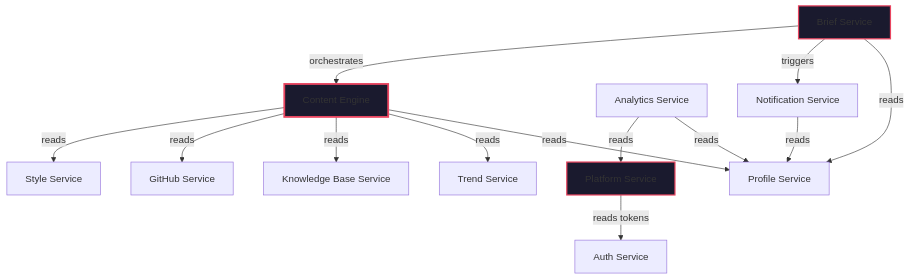
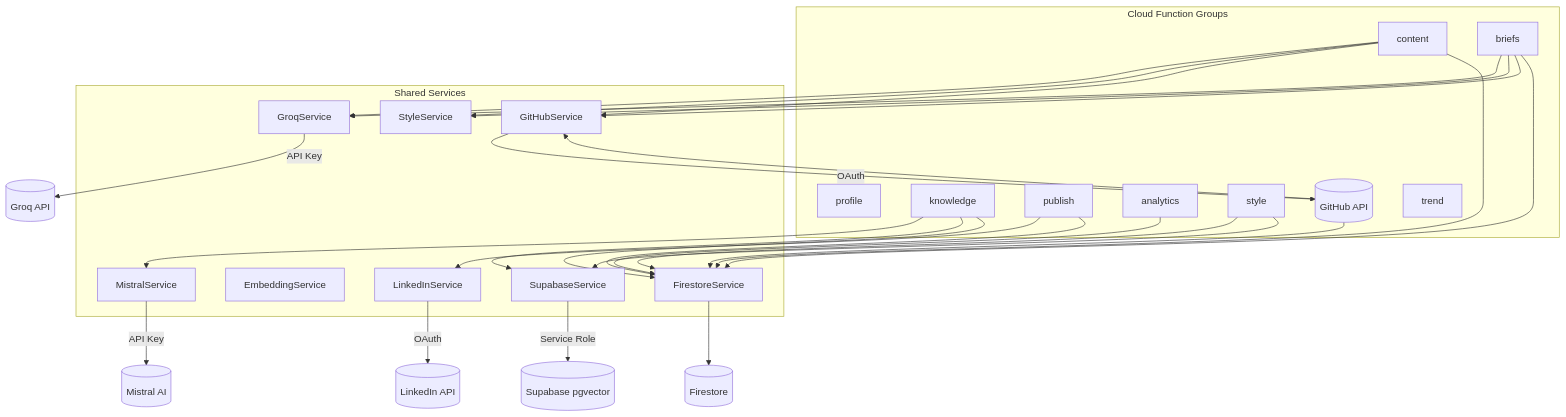
The diagram in docs/03_LOW_LEVEL_DESIGN.md (Blacksujit/AI-Brand-OS), drawn with Mermaid before and after one commit. The commit also changed other lines of this file and 50 other files, not shown here.

First line of the commit message:
docs: rewrite architecture docs for Firebase/TypeScript stack

````diff
--- a/docs/03_LOW_LEVEL_DESIGN.md
+++ b/docs/03_LOW_LEVEL_DESIGN.md
@@ -2047,35 +948,57 @@
 ```mermaid
 flowchart TB
-  AUTH["Auth Service"]
-  PROFILE["Profile Service"]
-  GITHUB["GitHub Service"]
-  KB["Knowledge Base Service"]
-  TREND["Trend Service"]
-  CONTENT["Content Engine"]
-  STYLE["Style Service"]
-  PLATFORM["Platform Service"]
-  ANALYTICS["Analytics Service"]
-  BRIEF["Brief Service"]
-  NOTIF["Notification Service"]
+  subgraph Functions["Cloud Function Groups"]
+    PROFILE["profile"]
+    KNOWLEDGE["knowledge"]
+    CONTENT["content"]
+    PUBLISH["publish"]
+    ANALYTICS["analytics"]
+    BRIEF["briefs"]
+    STYLE["style"]
+    GITHUB["github"]
+    TREND["trend"]
+  end
 
-  CONTENT -->|"reads"| STYLE
-  CONTENT -->|"reads"| GITHUB
-  CONTENT -->|"reads"| KB
-  CONTENT -->|"reads"| TREND
-  CONTENT -->|"reads"| PROFILE
+  subgraph Services["Shared Services"]
+    GROQ_SVC["GroqService"]
+    MISTRAL_SVC["MistralService"]
+    STYLE_SVC["StyleService"]
+    EMBED_SVC["EmbeddingService"]
+    LINKEDIN_SVC["LinkedInService"]
+    GITHUB_SVC["GitHubService"]
+    SUPABASE_SVC["SupabaseService"]
+    FIRESTORE_SVC["FirestoreService"]
+  end
 
-  BRIEF -->|"orchestrates"| CONTENT
-  BRIEF -->|"triggers"| NOTIF
-  BRIEF -->|"reads"| PROFILE
+  CONTENT --> GROQ_SVC
+  CONTENT --> STYLE_SVC
+  CONTENT --> GITHUB_SVC
+  CONTENT --> FIRESTORE_SVC
 
-  PLATFORM -->|"reads tokens"| AUTH
+  BRIEF --> GROQ_SVC
+  BRIEF --> STYLE_SVC
+  BRIEF --> GITHUB_SVC
+  BRIEF --> FIRESTORE_SVC
 
-  ANALYTICS -->|"reads"| PLATFORM
-  ANALYTICS -->|"reads"| PROFILE
+  KNOWLEDGE --> MISTRAL_SVC
+  KNOWLEDGE --> SUPABASE_SVC
+  KNOWLEDGE --> FIRESTORE_SVC
 
-  NOTIF -->|"reads"| PROFILE
+  PUBLISH --> LINKEDIN_SVC
+  PUBLISH --> FIRESTORE_SVC
 
-  style CONTENT fill:#1a1a2e,stroke:#e94560,stroke-width:3px
-  style PLATFORM fill:#1a1a2e,stroke:#e94560,stroke-width:2px
-  style BRIEF fill:#1a1a2e,stroke:#e94560,stroke-width:2px
+  STYLE --> FIRESTORE_SVC
+  STYLE --> SUPABASE_SVC
+
+  GITHUB --> GITHUB_SVC
+  GITHUB --> FIRESTORE_SVC
+
+  ANALYTICS --> FIRESTORE_SVC
+
+  GROQ_SVC -->|"API Key"| GROQ[(Groq API)]
+  MISTRAL_SVC -->|"API Key"| MISTRAL[(Mistral AI)]
+  SUPABASE_SVC -->|"Service Role"| SUPABASE[(Supabase pgvector)]
+  LINKEDIN_SVC -->|"OAuth"| LINKEDIN[(LinkedIn API)]
+  GITHUB_SVC -->|"OAuth"| GITHUB[(GitHub API)]
+  FIRESTORE_SVC --> FIRESTORE[(Firestore)]
 ```
````
